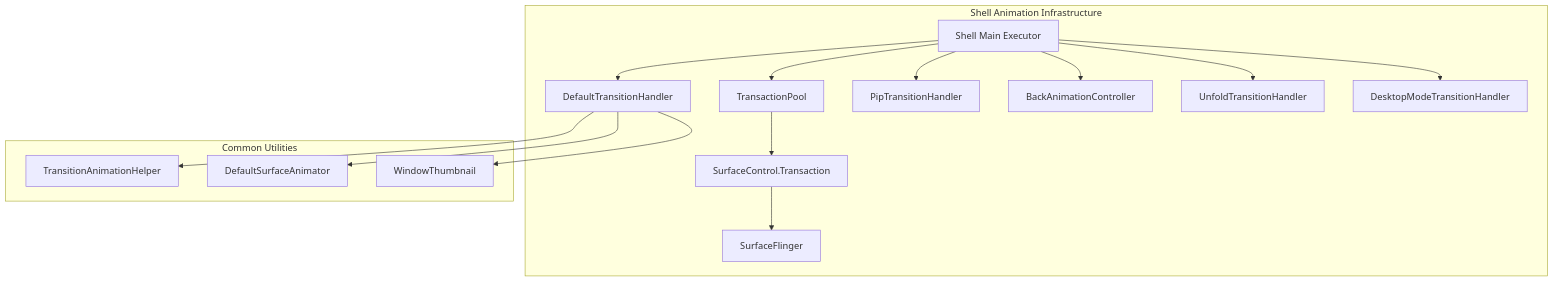
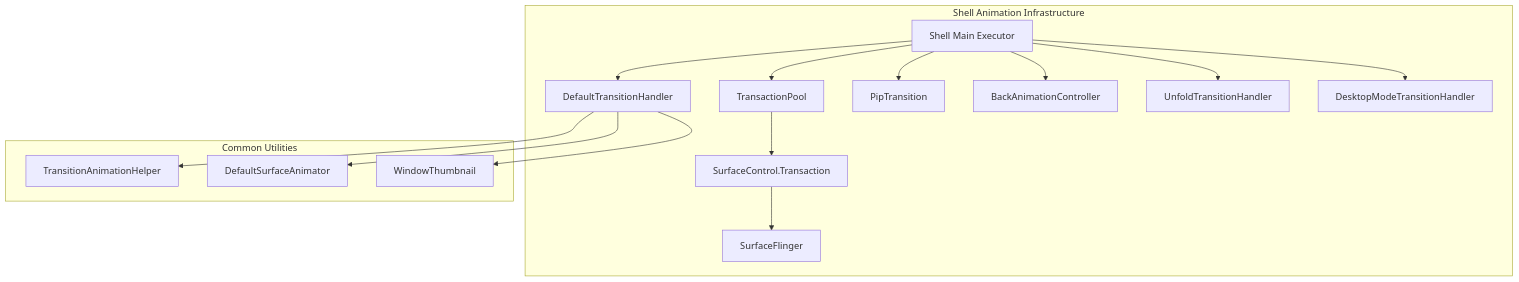
Before and after one commit to aospbooks/aosp-internal-book: diagram 42 of 47 in 14-animation-system.md, drawn with Mermaid. The commit also changed other lines of this file and 137 other files, not shown here.

````diff
--- a/14-animation-system.md
+++ b/14-animation-system.md
@@ -3864,24 +3875,24 @@
 ```mermaid
 graph TD
     subgraph "Shell Animation Infrastructure"
         ME[Shell Main Executor] --> TC[TransactionPool]
         TC --> TXN[SurfaceControl.Transaction]
         TXN --> SF[SurfaceFlinger]
 
         ME --> DTH[DefaultTransitionHandler]
-        ME --> PIP[PipTransitionHandler]
+        ME --> PIP[PipTransition]
         ME --> BAC[BackAnimationController]
         ME --> UF[UnfoldTransitionHandler]
         ME --> DM[DesktopModeTransitionHandler]
     end
 
     subgraph "Common Utilities"
         TAH[TransitionAnimationHelper]
         DSA[DefaultSurfaceAnimator]
         WT[WindowThumbnail]
     end
 
     DTH --> TAH
     DTH --> DSA
     DTH --> WT
 ```
````
